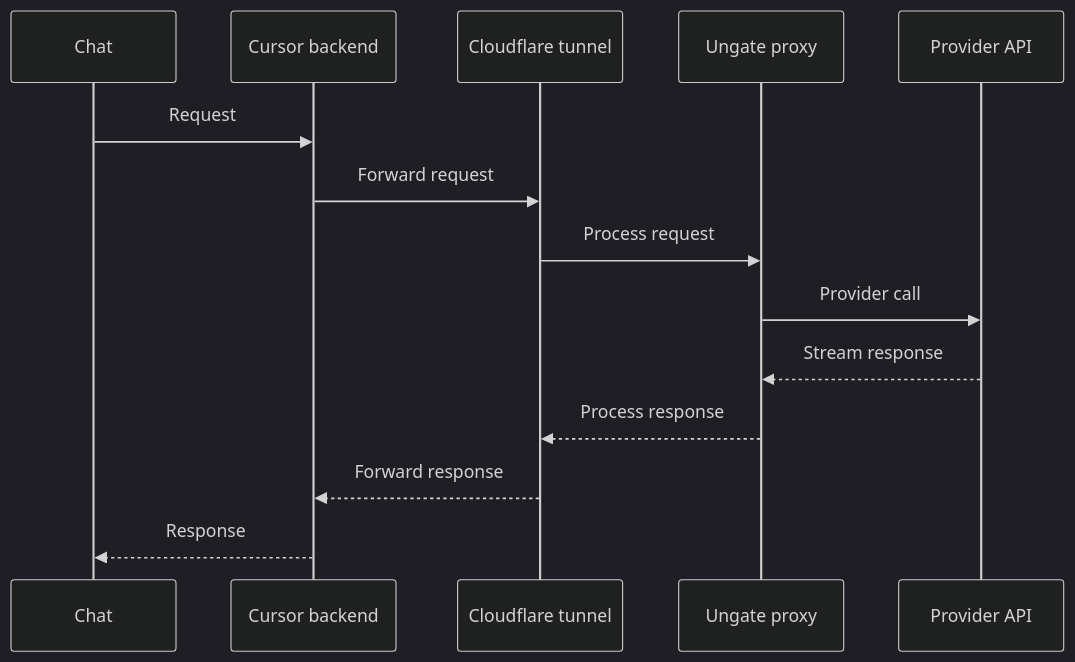
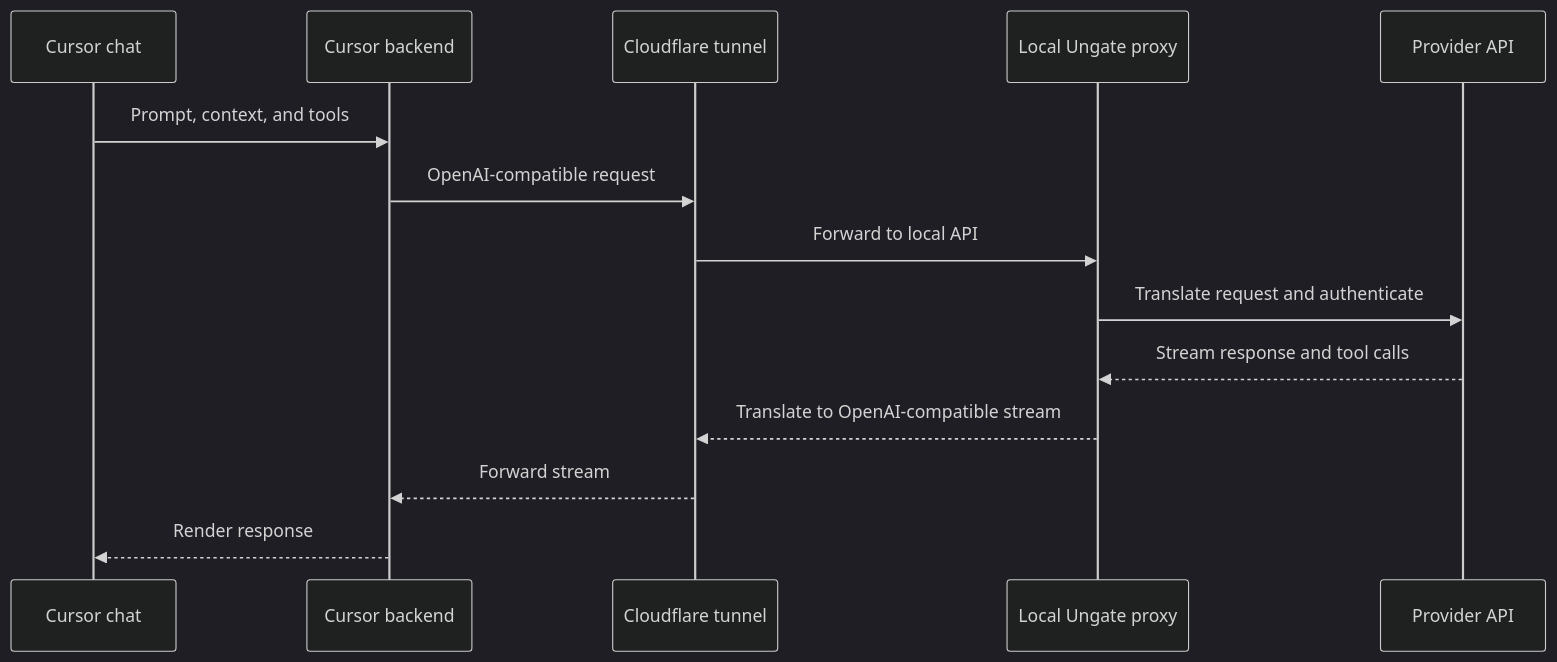
One commit to orchidfiles/ungate changed the diagram in README.md. Above: the diagram before and after it, drawn with Mermaid (dark theme). The commit also changed other lines of this file, not shown here.

````diff
--- a/README.md
+++ b/README.md
@@ -31,18 +113,17 @@
 ```mermaid
 sequenceDiagram
-  participant U as Chat
-  participant B as Cursor backend
-  participant C as Cloudflare tunnel
-  participant D as Ungate proxy
-  participant P as Provider API
+  participant Chat as Cursor chat
+  participant Backend as Cursor backend
+  participant Tunnel as Cloudflare tunnel
+  participant Proxy as Local Ungate proxy
+  participant Provider as Provider API
 
-  U->>B: Request
-  B->>C: Forward request
-  C->>D: Process request
-  D->>P: Provider call
-
-  P-->>D: Stream response
-  D-->>C: Process response
-  C-->>B: Forward response
-  B-->>U: Response
+  Chat->>Backend: Prompt, context, and tools
+  Backend->>Tunnel: OpenAI-compatible request
+  Tunnel->>Proxy: Forward to local API
+  Proxy->>Provider: Translate request and authenticate
+  Provider-->>Proxy: Stream response and tool calls
+  Proxy-->>Tunnel: Translate to OpenAI-compatible stream
+  Tunnel-->>Backend: Forward stream
+  Backend-->>Chat: Render response
 ```
````
